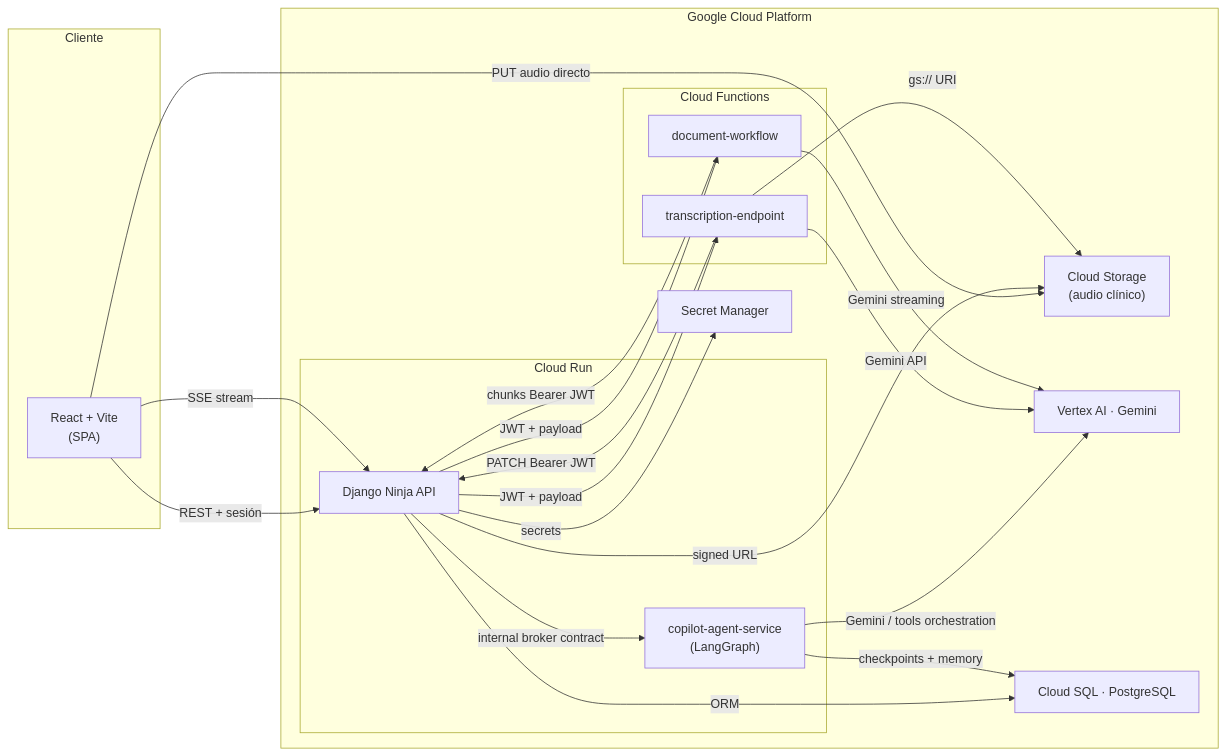
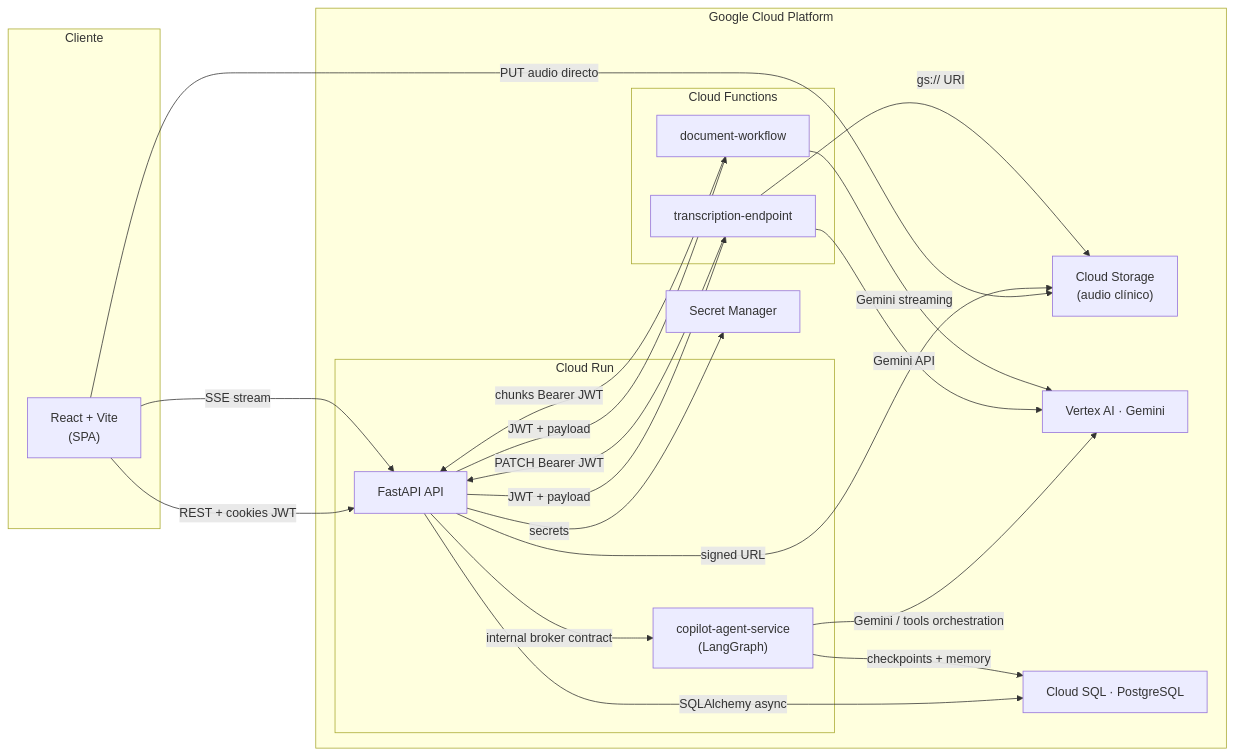
Before and after one commit to Jmoreno844/medical-ai-webapp: the first of 3 diagrams in docs/architecture/system-overview.md, drawn with Mermaid. The commit also changed other lines of this file and 61 other files, not shown here.

First line of the commit message:
feat: complete FastAPI cutover baseline

````diff
--- a/docs/architecture/system-overview.md
+++ b/docs/architecture/system-overview.md
@@ -9,42 +12,42 @@
 ```mermaid
 graph LR
     subgraph client ["Cliente"]
         Browser["React + Vite\n(SPA)"]
     end
 
     subgraph gcp ["Google Cloud Platform"]
         subgraph backend_run ["Cloud Run"]
-            Django["Django Ninja API"]
+            Backend["FastAPI API"]
             Copilot["copilot-agent-service\n(LangGraph)"]
         end
         subgraph functions ["Cloud Functions"]
             CF_Trans["transcription-endpoint"]
             CF_Gen["document-workflow"]
         end
         GCS["Cloud Storage\n(audio clínico)"]
         Vertex["Vertex AI · Gemini"]
         PG["Cloud SQL · PostgreSQL"]
         SM["Secret Manager"]
     end
 
-    Browser -->|"REST + sesión"| Django
+    Browser -->|"REST + cookies JWT"| Backend
     Browser -->|"PUT audio directo"| GCS
-    Browser -->|"SSE stream"| Django
+    Browser -->|"SSE stream"| Backend
 
-    Django -->|"ORM"| PG
-    Django -->|"signed URL"| GCS
-    Django -->|"JWT + payload"| CF_Trans
-    Django -->|"JWT + payload"| CF_Gen
-    Django -->|"internal broker contract"| Copilot
-    Django -->|"secrets"| SM
+    Backend -->|"SQLAlchemy async"| PG
+    Backend -->|"signed URL"| GCS
+    Backend -->|"JWT + payload"| CF_Trans
+    Backend -->|"JWT + payload"| CF_Gen
+    Backend -->|"internal broker contract"| Copilot
+    Backend -->|"secrets"| SM
 
     Copilot -->|"checkpoints + memory"| PG
     Copilot -->|"Gemini / tools orchestration"| Vertex
 
     CF_Trans -->|"gs:// URI"| GCS
     CF_Trans -->|"Gemini API"| Vertex
-    CF_Trans -->|"PATCH Bearer JWT"| Django
+    CF_Trans -->|"PATCH Bearer JWT"| Backend
 
     CF_Gen -->|"Gemini streaming"| Vertex
-    CF_Gen -->|"chunks Bearer JWT"| Django
+    CF_Gen -->|"chunks Bearer JWT"| Backend
 ```
````
